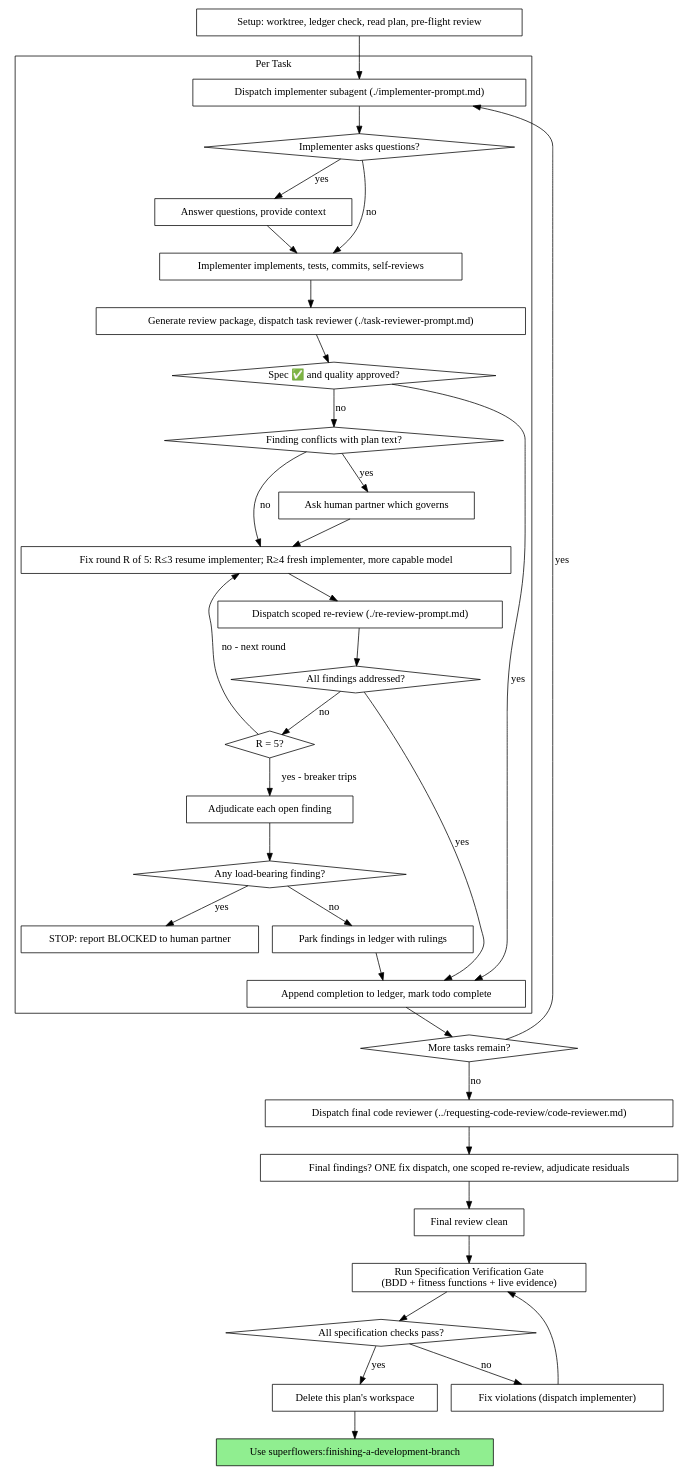
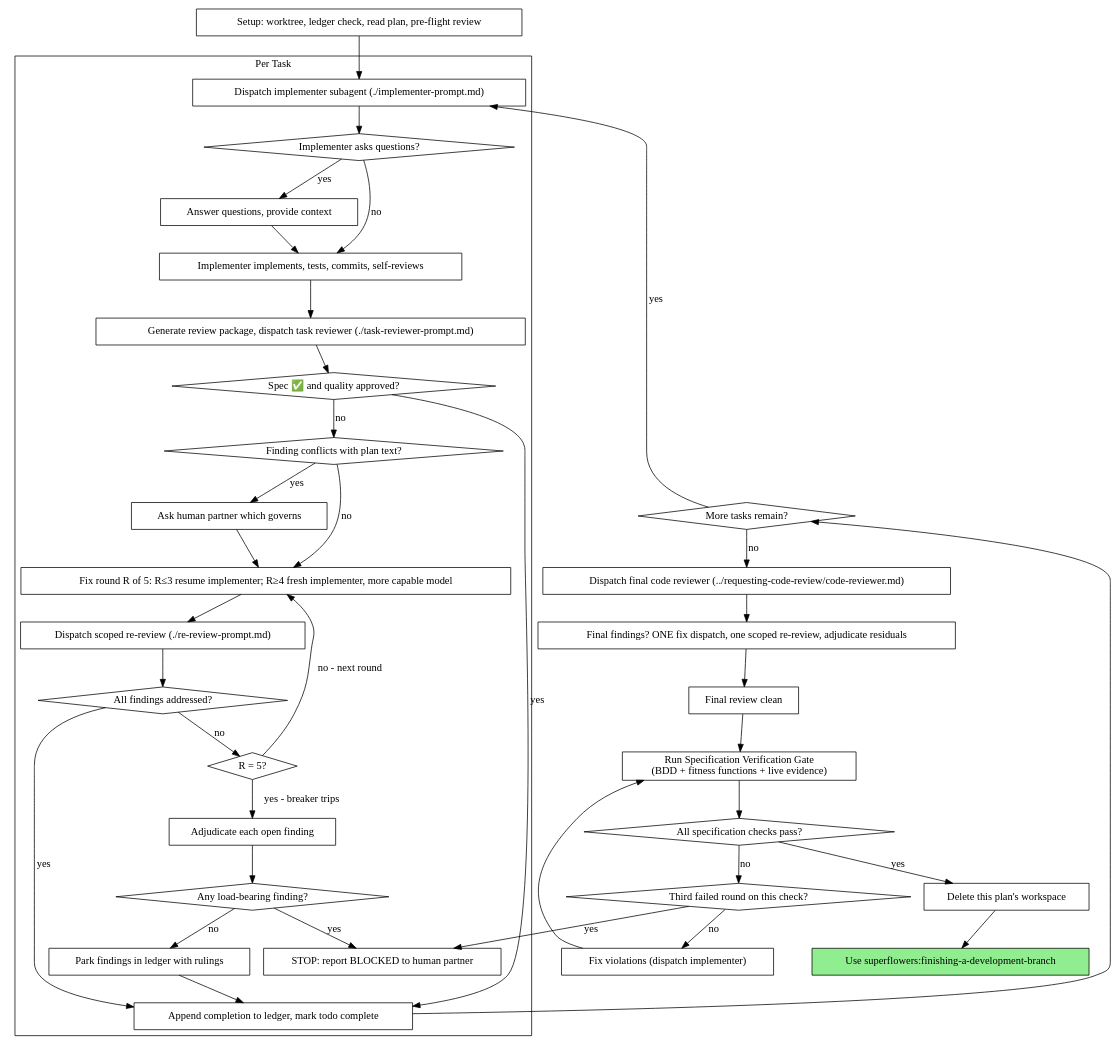
One commit to florian23/superflowers changed the second of 2 diagrams in skills/subagent-driven-development/SKILL.md. Above: the diagram before and after it, drawn with Graphviz. The commit also changed other lines of this file, not shown here.

Commit message:
sdd: model the gate's cap and BLOCKED exit in the flowchart

````diff
--- a/skills/subagent-driven-development/SKILL.md
+++ b/skills/subagent-driven-development/SKILL.md
@@ -47,71 +47,74 @@
 ```dot
 digraph process {
     rankdir=TB;
 
     subgraph cluster_per_task {
         label="Per Task";
         "Dispatch implementer subagent (./implementer-prompt.md)" [shape=box];
         "Implementer asks questions?" [shape=diamond];
         "Answer questions, provide context" [shape=box];
         "Implementer implements, tests, commits, self-reviews" [shape=box];
         "Generate review package, dispatch task reviewer (./task-reviewer-prompt.md)" [shape=box];
         "Spec ✅ and quality approved?" [shape=diamond];
         "Finding conflicts with plan text?" [shape=diamond];
         "Ask human partner which governs" [shape=box];
         "Fix round R of 5: R≤3 resume implementer; R≥4 fresh implementer, more capable model" [shape=box];
         "Dispatch scoped re-review (./re-review-prompt.md)" [shape=box];
         "All findings addressed?" [shape=diamond];
         "R = 5?" [shape=diamond];
         "Adjudicate each open finding" [shape=box];
         "Any load-bearing finding?" [shape=diamond];
         "STOP: report BLOCKED to human partner" [shape=box];
         "Park findings in ledger with rulings" [shape=box];
         "Append completion to ledger, mark todo complete" [shape=box];
     }
 
     "Setup: worktree, ledger check, read plan, pre-flight review" [shape=box];
     "More tasks remain?" [shape=diamond];
     "Dispatch final code reviewer (../requesting-code-review/code-reviewer.md)" [shape=box];
     "Final findings? ONE fix dispatch, one scoped re-review, adjudicate residuals" [shape=box];
     "Final review clean" [shape=box];
     "Run Specification Verification Gate\n(BDD + fitness functions + live evidence)" [shape=box];
     "All specification checks pass?" [shape=diamond];
+    "Third failed round on this check?" [shape=diamond];
     "Fix violations (dispatch implementer)" [shape=box];
     "Delete this plan's workspace" [shape=box];
     "Use superflowers:finishing-a-development-branch" [shape=box style=filled fillcolor=lightgreen];
 
     "Setup: worktree, ledger check, read plan, pre-flight review" -> "Dispatch implementer subagent (./implementer-prompt.md)";
     "Dispatch implementer subagent (./implementer-prompt.md)" -> "Implementer asks questions?";
     "Implementer asks questions?" -> "Answer questions, provide context" [label="yes"];
     "Answer questions, provide context" -> "Implementer implements, tests, commits, self-reviews";
     "Implementer asks questions?" -> "Implementer implements, tests, commits, self-reviews" [label="no"];
     "Implementer implements, tests, commits, self-reviews" -> "Generate review package, dispatch task reviewer (./task-reviewer-prompt.md)";
     "Generate review package, dispatch task reviewer (./task-reviewer-prompt.md)" -> "Spec ✅ and quality approved?";
     "Spec ✅ and quality approved?" -> "Append completion to ledger, mark todo complete" [label="yes"];
     "Spec ✅ and quality approved?" -> "Finding conflicts with plan text?" [label="no"];
     "Finding conflicts with plan text?" -> "Ask human partner which governs" [label="yes"];
     "Ask human partner which governs" -> "Fix round R of 5: R≤3 resume implementer; R≥4 fresh implementer, more capable model";
     "Finding conflicts with plan text?" -> "Fix round R of 5: R≤3 resume implementer; R≥4 fresh implementer, more capable model" [label="no"];
     "Fix round R of 5: R≤3 resume implementer; R≥4 fresh implementer, more capable model" -> "Dispatch scoped re-review (./re-review-prompt.md)";
     "Dispatch scoped re-review (./re-review-prompt.md)" -> "All findings addressed?";
     "All findings addressed?" -> "Append completion to ledger, mark todo complete" [label="yes"];
     "All findings addressed?" -> "R = 5?" [label="no"];
     "R = 5?" -> "Fix round R of 5: R≤3 resume implementer; R≥4 fresh implementer, more capable model" [label="no - next round"];
     "R = 5?" -> "Adjudicate each open finding" [label="yes - breaker trips"];
     "Adjudicate each open finding" -> "Any load-bearing finding?";
     "Any load-bearing finding?" -> "STOP: report BLOCKED to human partner" [label="yes"];
     "Any load-bearing finding?" -> "Park findings in ledger with rulings" [label="no"];
     "Park findings in ledger with rulings" -> "Append completion to ledger, mark todo complete";
     "Append completion to ledger, mark todo complete" -> "More tasks remain?";
     "More tasks remain?" -> "Dispatch implementer subagent (./implementer-prompt.md)" [label="yes"];
     "More tasks remain?" -> "Dispatch final code reviewer (../requesting-code-review/code-reviewer.md)" [label="no"];
     "Dispatch final code reviewer (../requesting-code-review/code-reviewer.md)" -> "Final findings? ONE fix dispatch, one scoped re-review, adjudicate residuals";
     "Final findings? ONE fix dispatch, one scoped re-review, adjudicate residuals" -> "Final review clean";
     "Final review clean" -> "Run Specification Verification Gate\n(BDD + fitness functions + live evidence)";
     "Run Specification Verification Gate\n(BDD + fitness functions + live evidence)" -> "All specification checks pass?";
     "All specification checks pass?" -> "Delete this plan's workspace" [label="yes"];
-    "All specification checks pass?" -> "Fix violations (dispatch implementer)" [label="no"];
+    "All specification checks pass?" -> "Third failed round on this check?" [label="no"];
+    "Third failed round on this check?" -> "STOP: report BLOCKED to human partner" [label="yes"];
+    "Third failed round on this check?" -> "Fix violations (dispatch implementer)" [label="no"];
     "Fix violations (dispatch implementer)" -> "Run Specification Verification Gate\n(BDD + fitness functions + live evidence)";
     "Delete this plan's workspace" -> "Use superflowers:finishing-a-development-branch";
 }
 ```
````
